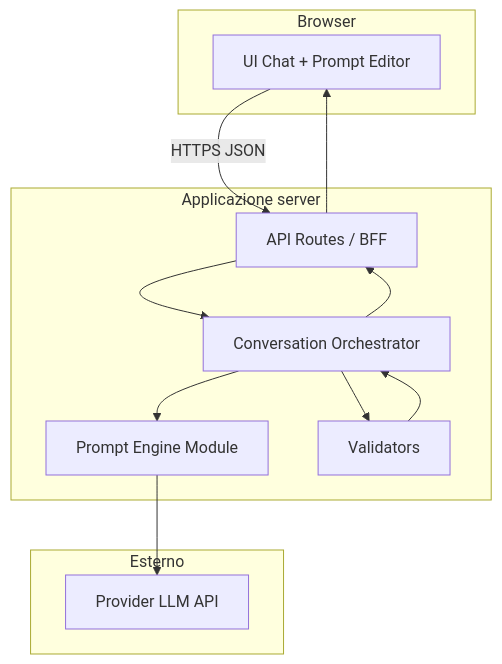
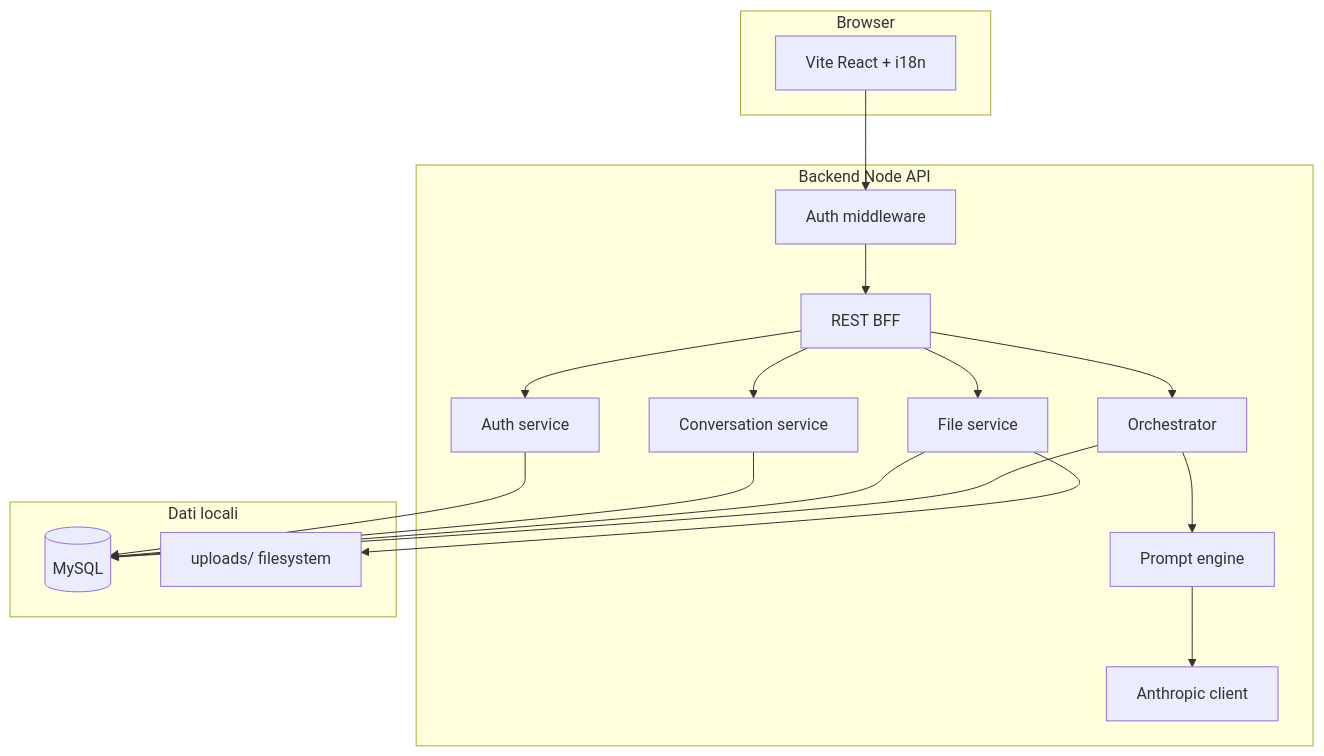
Before and after one commit to MatteoDiPerna/IntentDraft: the diagram in docs/product/technical-architecture.md, drawn with Mermaid. The commit also changed other lines of this file and 8 other files, not shown here.

First line of the commit message:
Document product decisions, DB schema, and FE/BE operations.

````diff
--- a/docs/product/technical-architecture.md
+++ b/docs/product/technical-architecture.md
@@ -18,23 +28,33 @@
 ```mermaid
 flowchart TB
   subgraph client [Browser]
-    UI[UI Chat + Prompt Editor]
+    UI[Vite React + i18n]
   end
-  subgraph app [Applicazione server]
-    API[API Routes / BFF]
-    ORCH[Conversation Orchestrator]
-    ENG[Prompt Engine Module]
-    VAL[Validators]
+  subgraph app [Backend Node API]
+    MW[Auth middleware]
+    API[REST BFF]
+    AUTH[Auth service]
+    CONV[Conversation service]
+    FILES[File service]
+    ORCH[Orchestrator]
+    ENG[Prompt engine]
+    LLM[Anthropic client]
   end
-  subgraph external [Esterno]
-    LLM[Provider LLM API]
+  subgraph data [Dati locali]
+    MY[(MySQL)]
+    FS[uploads/ filesystem]
   end
-  UI -->|HTTPS JSON| API
+  UI --> MW
+  MW --> API
+  API --> AUTH
+  API --> CONV
+  API --> FILES
+  AUTH --> MY
+  CONV --> MY
+  FILES --> MY
+  FILES --> FS
   API --> ORCH
   ORCH --> ENG
   ENG --> LLM
-  ORCH --> VAL
-  VAL --> ORCH
-  ORCH --> API
-  API --> UI
+  ORCH --> MY
 ```
````
